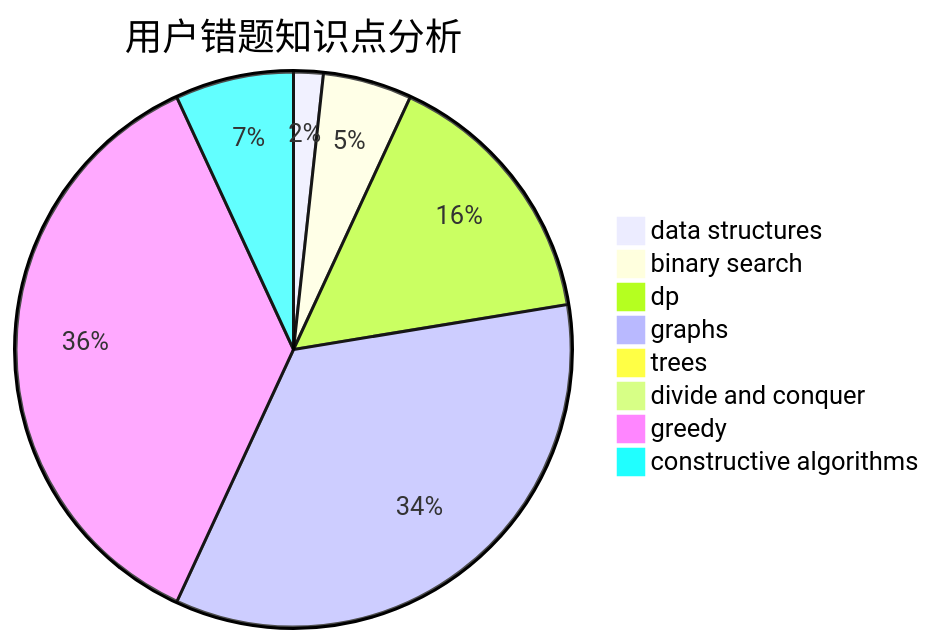
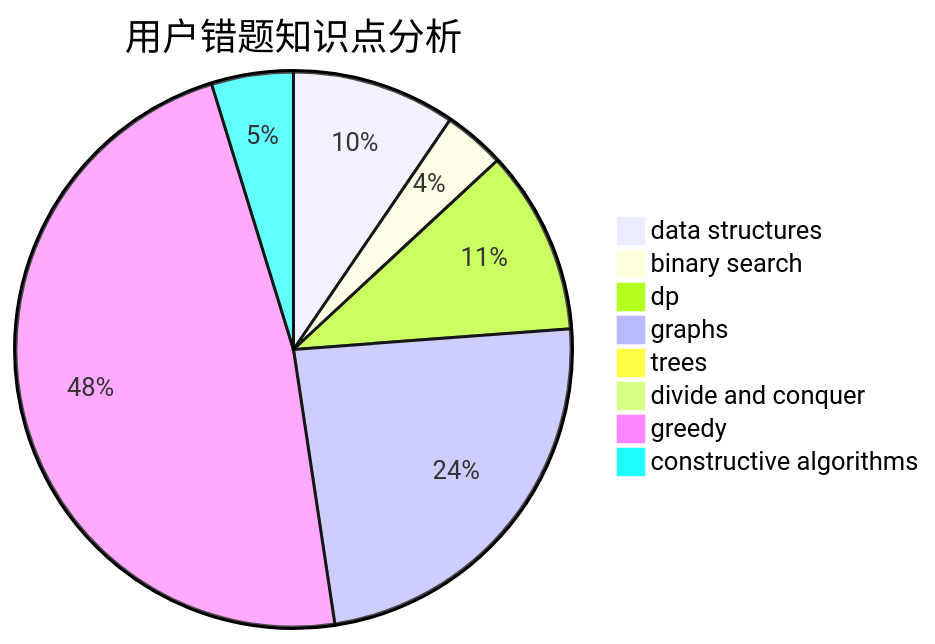
One commit to sherpahu/cfrs.github.io changed the third of 3 diagrams in docs/user/u1524.md. Above: the diagram before and after it, drawn with Mermaid. The commit also changed other lines of this file and 2770 other files, not shown here.

````diff
--- a/docs/user/u1524.md
+++ b/docs/user/u1524.md
@@ -36,11 +36,11 @@
 ```mermaid
 pie title 用户错题知识点分析
-    "data structures" :  1
+    "data structures" :  8
     "binary search" :  3
     "dp" :  9
     "graphs" :  20
     "trees" :  0
     "divide and conquer" :  0
-    "greedy" :  21
+    "greedy" :  40
     "constructive algorithms" :  4
 ```
````
